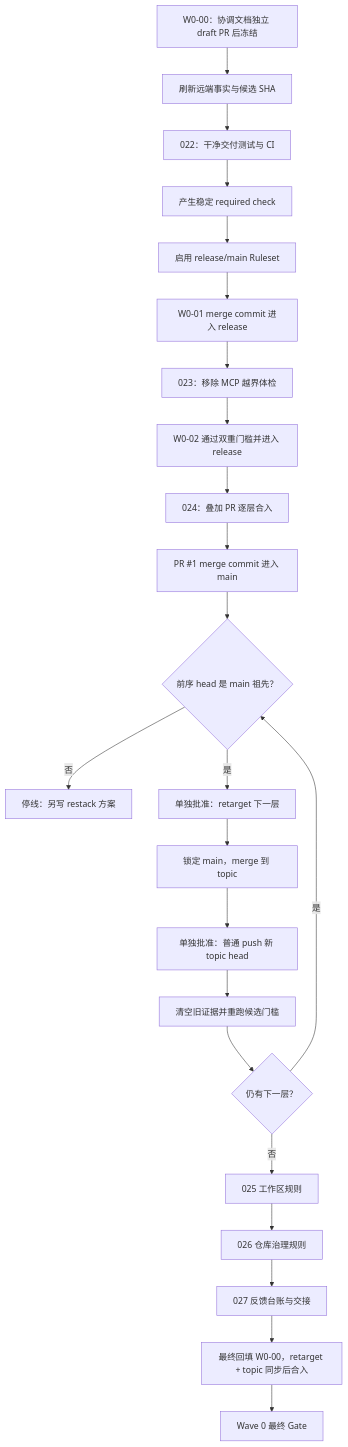
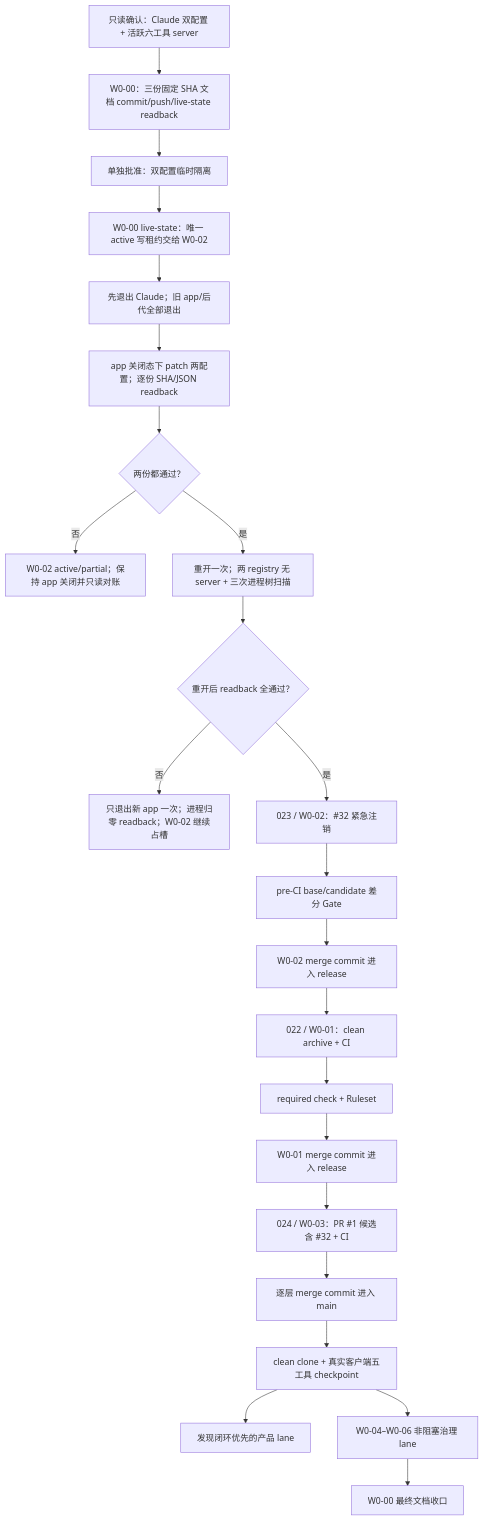
The diagram in docs/superpowers/plans/2026-08-18-wave-0-coordination.md (fishINlab666/job-agent), drawn with Mermaid before and after one commit. The commit also changed other lines of this file and 2 other files, not shown here.

Commit message:
docs: revise Wave 0 for MCP safety tranche

````diff
--- a/docs/superpowers/plans/2026-08-18-wave-0-coordination.md
+++ b/docs/superpowers/plans/2026-08-18-wave-0-coordination.md
@@ -324,25 +353,25 @@
 ```mermaid
 flowchart TD
-    A["W0-00：协调文档独立 draft PR 后冻结"] --> A2["刷新远端事实与候选 SHA"]
-    A2 --> B["022：干净交付测试与 CI"]
-    B --> C["产生稳定 required check"]
-    C --> D["启用 release/main Ruleset"]
-    D --> E["W0-01 merge commit 进入 release"]
-    E --> F["023：移除 MCP 越界体检"]
-    F --> G["W0-02 通过双重门槛并进入 release"]
-    G --> H["024：叠加 PR 逐层合入"]
-    H --> I["PR #1 merge commit 进入 main"]
-    I --> J{"前序 head 是 main 祖先？"}
-    J -- "否" --> STOP["停线：另写 restack 方案"]
-    J -- "是" --> K["单独批准：retarget 下一层"]
-    K --> S["锁定 main，merge 到 topic"]
-    S --> T["单独批准：普通 push 新 topic head"]
-    T --> V["清空旧证据并重跑候选门槛"]
-    V --> L{"仍有下一层？"}
-    L -- "是" --> J
-    L -- "否" --> M["025 工作区规则"]
-    M --> N["026 仓库治理规则"]
-    N --> O["027 反馈台账与交接"]
-    O --> DOC["最终回填 W0-00，retarget + topic 同步后合入"]
-    DOC --> P["Wave 0 最终 Gate"]
+    A["只读确认：Claude 双配置 + 活跃六工具 server"] --> P["W0-00：三份固定 SHA 文档 commit/push/live-state readback"]
+    P --> B["单独批准：双配置临时隔离"]
+    B --> W["W0-00 live-state：唯一 active 写租约交给 W0-02"]
+    W --> Q["先退出 Claude；旧 app/后代全部退出"]
+    Q --> C["app 关闭态下 patch 两配置；逐份 SHA/JSON readback"]
+    C --> R{"两份都通过？"}
+    R -- "否" --> STOP["W0-02 active/partial；保持 app 关闭并只读对账"]
+    R -- "是" --> V["重开一次；两 registry 无 server + 三次进程树扫描"]
+    V --> S{"重开后 readback 全通过？"}
+    S -- "否" --> X["只退出新 app 一次；进程归零 readback；W0-02 继续占槽"]
+    S -- "是" --> D["023 / W0-02：#32 紧急注销"]
+    D --> E["pre-CI base/candidate 差分 Gate"]
+    E --> F["W0-02 merge commit 进入 release"]
+    F --> G["022 / W0-01：clean archive + CI"]
+    G --> H["required check + Ruleset"]
+    H --> I["W0-01 merge commit 进入 release"]
+    I --> J["024 / W0-03：PR #1 候选含 #32 + CI"]
+    J --> K["逐层 merge commit 进入 main"]
+    K --> L["clean clone + 真实客户端五工具 checkpoint"]
+    L --> M["发现闭环优先的产品 lane"]
+    L --> N["W0-04–W0-06 非阻塞治理 lane"]
+    N --> O["W0-00 最终文档收口"]
 ```
````
